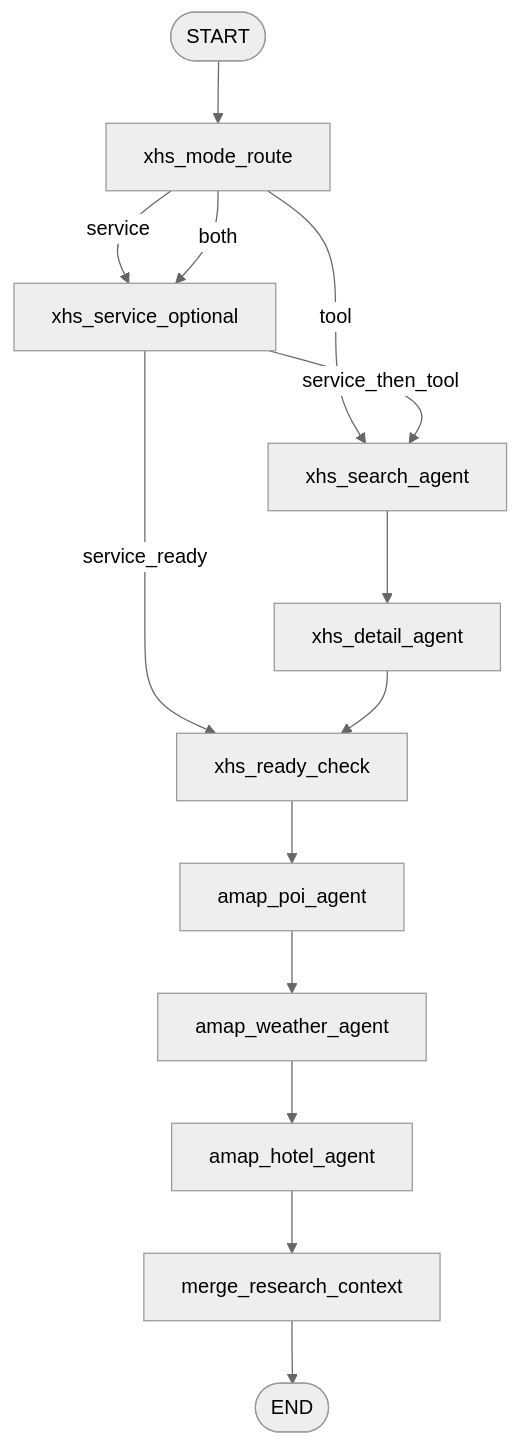
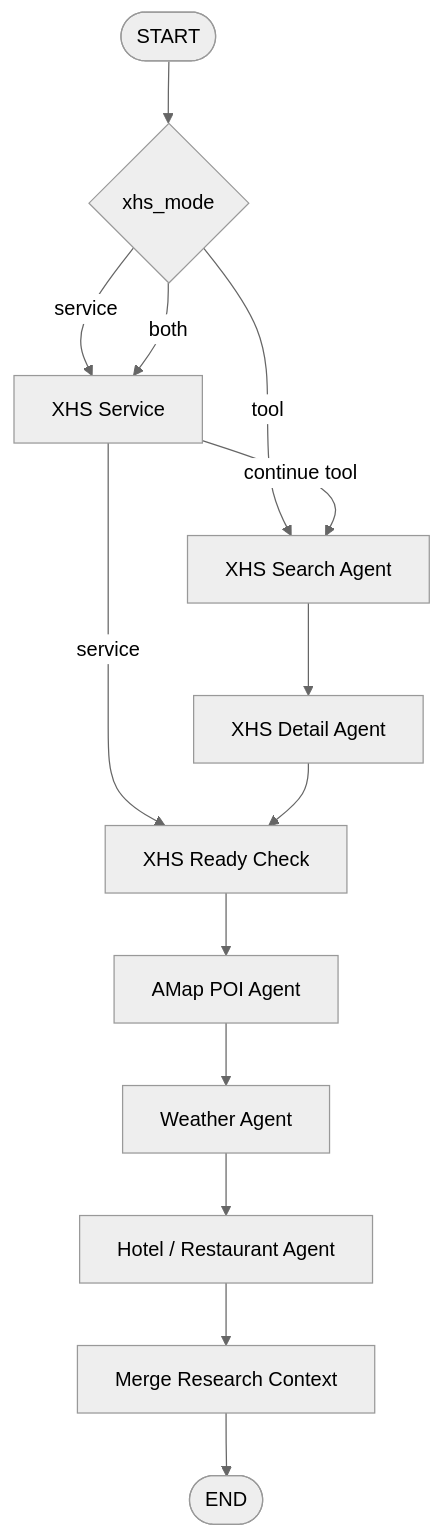
The second of 2 diagrams in README.md (LeeFly-cn/TripStar-Java), drawn with Mermaid (neutral theme) before and after one commit. The commit also changed other lines of this file and 61 other files, not shown here.

````diff
--- a/README.md
+++ b/README.md
@@ -140,16 +91,16 @@
 ```mermaid
 flowchart TD
-    START([START]) --> ROUTE[xhs_mode_route]
-    ROUTE -- service --> XHS_SERVICE[xhs_service_optional]
-    ROUTE -- tool --> XHS_SEARCH[xhs_search_agent]
-    ROUTE -- both --> XHS_SERVICE
-    XHS_SERVICE -- service_ready --> XHS_READY[xhs_ready_check]
-    XHS_SERVICE -- service_then_tool --> XHS_SEARCH
-    XHS_SEARCH --> XHS_DETAIL[xhs_detail_agent]
-    XHS_DETAIL --> XHS_READY
-    XHS_READY --> AMAP_POI[amap_poi_agent]
-    AMAP_POI --> WEATHER[amap_weather_agent]
-    WEATHER --> HOTEL[amap_hotel_agent]
-    HOTEL --> MERGE[merge_research_context]
+    START([START]) --> MODE{xhs_mode}
+    MODE -- service --> SERVICE[XHS Service]
+    MODE -- tool --> SEARCH[XHS Search Agent]
+    MODE -- both --> SERVICE
+    SERVICE -- service --> READY[XHS Ready Check]
+    SERVICE -- continue tool --> SEARCH
+    SEARCH --> DETAIL[XHS Detail Agent]
+    DETAIL --> READY
+    READY --> POI[AMap POI Agent]
+    POI --> WEATHER[Weather Agent]
+    WEATHER --> HOTEL[Hotel / Restaurant Agent]
+    HOTEL --> MERGE[Merge Research Context]
     MERGE --> END([END])
 ```
````
